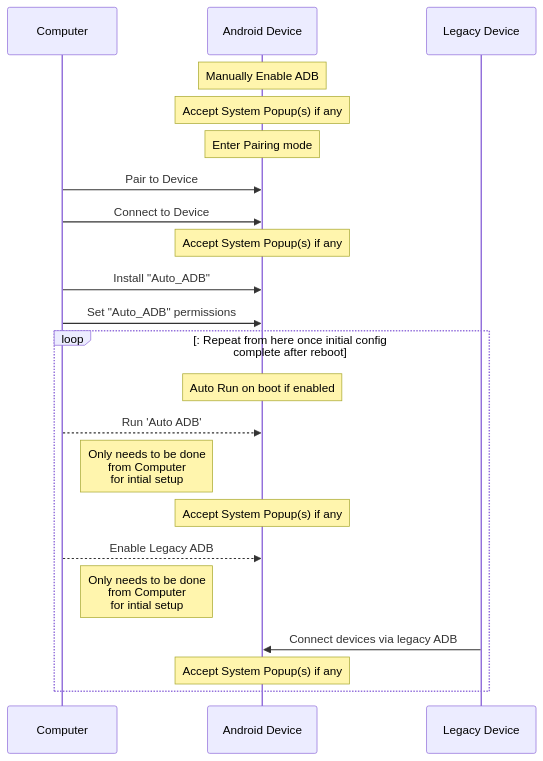
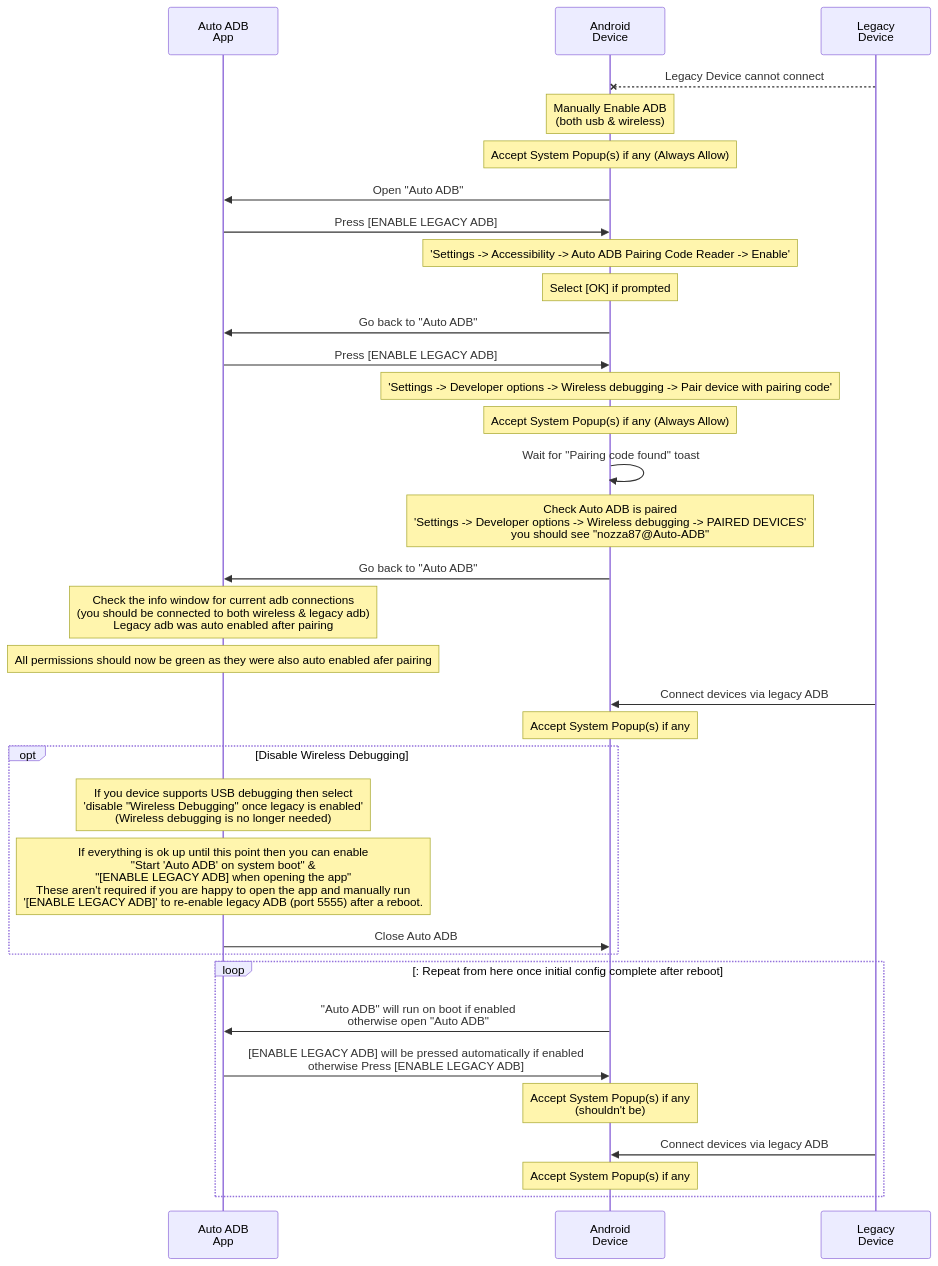
The diagram in README.md (nozza87/Auto_ADB), drawn with Mermaid before and after one commit. The commit also changed other lines of this file, not shown here.

````diff
--- a/README.md
+++ b/README.md
@@ -84,25 +99,36 @@
 ```mermaid
 sequenceDiagram
-    participant Computer
-    participant Android Device
-    participant Legacy Device
-    
-    note over Android Device: Manually Enable ADB
-    note over Android Device: Accept System Popup(s) if any
-    note over Android Device: Enter Pairing mode
-    Computer->>Android Device: Pair to Device
-    Computer->>Android Device: Connect to Device
-    note over Android Device: Accept System Popup(s) if any
-    Computer->>Android Device: Install "Auto_ADB"
-    Computer->>Android Device: Set "Auto_ADB" permissions
-    loop: Repeat from here once initial config complete after reboot
-    note over Android Device: Auto Run on boot if enabled
-    Computer-->>Android Device: Run 'Auto ADB'
-    note right of Computer: Only needs to be done<br>from Computer<br>for intial setup
-    note over Android Device: Accept System Popup(s) if any
-    Computer-->>Android Device: Enable Legacy ADB
-    note right of Computer: Only needs to be done<br>from Computer<br>for intial setup
-        Legacy Device->>Android Device: Connect devices via legacy ADB
-        note over Android Device: Accept System Popup(s) if any
-    end 
+   participant ADB as Auto ADB<br>App
+   participant AD as Android<br>Device
+   participant LD as Legacy<br>Device
+   LD --x AD: Legacy Device cannot connect
+   Note over AD: Manually Enable ADB<br>(both usb & wireless)
+   Note over AD: Accept System Popup(s) if any (Always Allow)
+   AD ->> ADB: Open "Auto ADB"
+   ADB ->> AD: Press [ENABLE LEGACY ADB]
+   Note over AD: 'Settings -> Accessibility -> Auto ADB Pairing Code Reader -> Enable'
+   Note over AD: Select [OK] if prompted
+   AD ->> ADB: Go back to  "Auto ADB"
+   ADB ->> AD: Press [ENABLE LEGACY ADB]
+   Note over AD: 'Settings -> Developer options -> Wireless debugging -> Pair device with pairing code'
+   Note over AD: Accept System Popup(s) if any (Always Allow)
+   AD ->> AD: Wait for "Pairing code found" toast
+   Note over AD: Check Auto ADB is paired<br>'Settings -> Developer options -> Wireless debugging -> PAIRED DEVICES'<br>you should see "nozza87@Auto-ADB"
+   AD ->> ADB: Go back to  "Auto ADB"
+   Note over ADB: Check the info window for current adb connections<br>(you should be connected to both wireless & legacy adb)<br>Legacy adb was auto enabled after pairing
+   Note over ADB: All permissions should now be green as they were also auto enabled afer pairing
+   LD ->> AD: Connect devices via legacy ADB
+   Note over AD: Accept System Popup(s) if any
+   opt Disable Wireless Debugging
+      Note over ADB: If you device supports USB debugging then select<br>'disable "Wireless Debugging" once legacy is enabled'<br>(Wireless debugging is no longer needed)
+      Note over ADB: If everything is ok up until this point then you can enable<br>"Start 'Auto ADB' on system boot" &<br>"[ENABLE LEGACY ADB] when opening the app"<br>These aren't required if you are happy to open the app and manually run<br>'[ENABLE LEGACY ADB]' to re-enable legacy ADB (port 5555) after a reboot.
+      ADB ->> AD: Close Auto ADB
+   end
+   loop : Repeat from here once initial config complete after reboot
+      AD ->> ADB: "Auto ADB" will run on boot if enabled<br>otherwise open "Auto ADB"
+      ADB ->> AD: [ENABLE LEGACY ADB] will be pressed automatically if enabled<br>otherwise Press [ENABLE LEGACY ADB]
+      Note over AD: Accept System Popup(s) if any<br>(shouldn't be)
+      LD ->> AD: Connect devices via legacy ADB
+      Note over AD: Accept System Popup(s) if any
+   end
 ```
````
